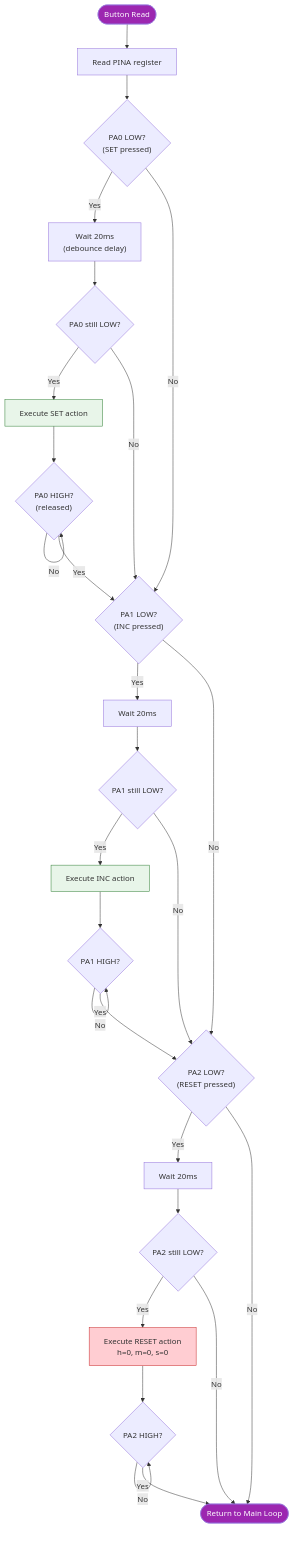
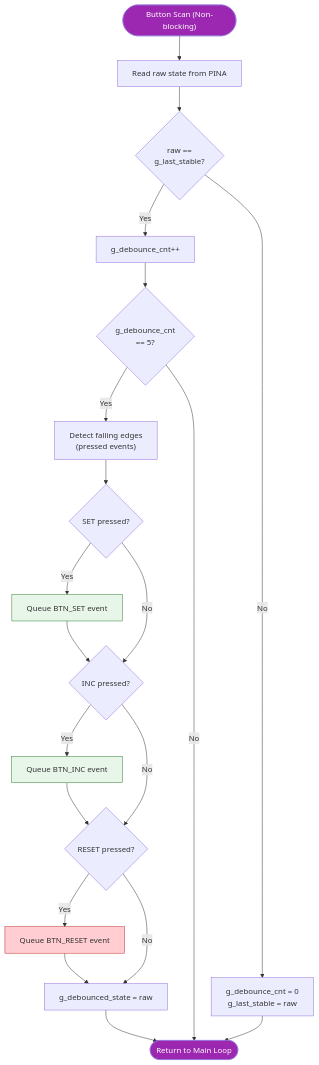
One commit to chikotaraufu-netizen/ATmega32_Timer_Digital_Clock_Scheduler- changed diagram 13 of 13 in documentation/flowchart.md. Above: the diagram before and after it, drawn with Mermaid. The commit also changed 5 other files, not shown here.

````diff
--- a/documentation/flowchart.md
+++ b/documentation/flowchart.md
@@ -410,43 +410,42 @@
 ```mermaid
 flowchart TD
-    START(["Button Read"]) --> READ_PIN["Read PINA register"]
-    READ_PIN --> CHECK_SET{"PA0 LOW?<br/>(SET pressed)"}
+    START(["Button Scan (Non-blocking)"]) --> READ_PIN["Read raw state from PINA"]
+    READ_PIN --> CHECK_STABLE{"raw ==<br/>g_last_stable?"}
 
-    CHECK_SET -->|Yes| DEBOUNCE_SET["Wait 20ms<br/>(debounce delay)"]
-    DEBOUNCE_SET --> RECHECK_SET{"PA0 still LOW?"}
-    RECHECK_SET -->|Yes| SET_ACTION["Execute SET action"]
-    RECHECK_SET -->|No| CHECK_INC
-    CHECK_SET -->|No| CHECK_INC
+    CHECK_STABLE -->|Yes| INC_CNT["g_debounce_cnt++"]
+    CHECK_STABLE -->|No| RESET_CNT["g_debounce_cnt = 0<br/>g_last_stable = raw"]
 
-    SET_ACTION --> WAIT_RELEASE_S{"PA0 HIGH?<br/>(released)"}
-    WAIT_RELEASE_S -->|No| WAIT_RELEASE_S
-    WAIT_RELEASE_S -->|Yes| CHECK_INC
-
-    CHECK_INC{"PA1 LOW?<br/>(INC pressed)"} -->|Yes| DEBOUNCE_INC["Wait 20ms"]
-    DEBOUNCE_INC --> RECHECK_INC{"PA1 still LOW?"}
-    RECHECK_INC -->|Yes| INC_ACTION["Execute INC action"]
-    RECHECK_INC -->|No| CHECK_RST
-    CHECK_INC -->|No| CHECK_RST
-
-    INC_ACTION --> WAIT_RELEASE_I{"PA1 HIGH?"}
-    WAIT_RELEASE_I -->|No| WAIT_RELEASE_I
-    WAIT_RELEASE_I -->|Yes| CHECK_RST
-
-    CHECK_RST{"PA2 LOW?<br/>(RESET pressed)"} -->|Yes| DEBOUNCE_RST["Wait 20ms"]
-    DEBOUNCE_RST --> RECHECK_RST{"PA2 still LOW?"}
-    RECHECK_RST -->|Yes| RST_ACTION["Execute RESET action<br/>h=0, m=0, s=0"]
-    RECHECK_RST -->|No| DONE
-    CHECK_RST -->|No| DONE
-
-    RST_ACTION --> WAIT_RELEASE_R{"PA2 HIGH?"}
-    WAIT_RELEASE_R -->|No| WAIT_RELEASE_R
-    WAIT_RELEASE_R -->|Yes| DONE
+    INC_CNT --> CHECK_THRESH{"g_debounce_cnt<br/>== 5?"}
+    CHECK_THRESH -->|Yes| EDGE_DETECT["Detect falling edges<br/>(pressed events)"]
+    CHECK_THRESH -->|No| DONE
+    
+    RESET_CNT --> DONE
+    
+    EDGE_DETECT --> SET_EVENT_SET{"SET pressed?"}
+    SET_EVENT_SET -->|Yes| QUEUE_SET["Queue BTN_SET event"]
+    SET_EVENT_SET -->|No| SET_EVENT_INC
+    
+    QUEUE_SET --> SET_EVENT_INC
+    
+    SET_EVENT_INC{"INC pressed?"}
+    SET_EVENT_INC -->|Yes| QUEUE_INC["Queue BTN_INC event"]
+    SET_EVENT_INC -->|No| SET_EVENT_RST
+    
+    QUEUE_INC --> SET_EVENT_RST
+    
+    SET_EVENT_RST{"RESET pressed?"}
+    SET_EVENT_RST -->|Yes| QUEUE_RST["Queue BTN_RESET event"]
+    SET_EVENT_RST -->|No| UPDATE_STATE
+    
+    QUEUE_RST --> UPDATE_STATE
+    
+    UPDATE_STATE["g_debounced_state = raw"] --> DONE
 
     DONE(["Return to Main Loop"])
 
     style START fill:#9c27b0,color:#fff
     style DONE fill:#9c27b0,color:#fff
-    style SET_ACTION fill:#e8f5e9,stroke:#2e7d32
-    style INC_ACTION fill:#e8f5e9,stroke:#2e7d32
-    style RST_ACTION fill:#ffcdd2,stroke:#c62828
+    style QUEUE_SET fill:#e8f5e9,stroke:#2e7d32
+    style QUEUE_INC fill:#e8f5e9,stroke:#2e7d32
+    style QUEUE_RST fill:#ffcdd2,stroke:#c62828
 ```
````
